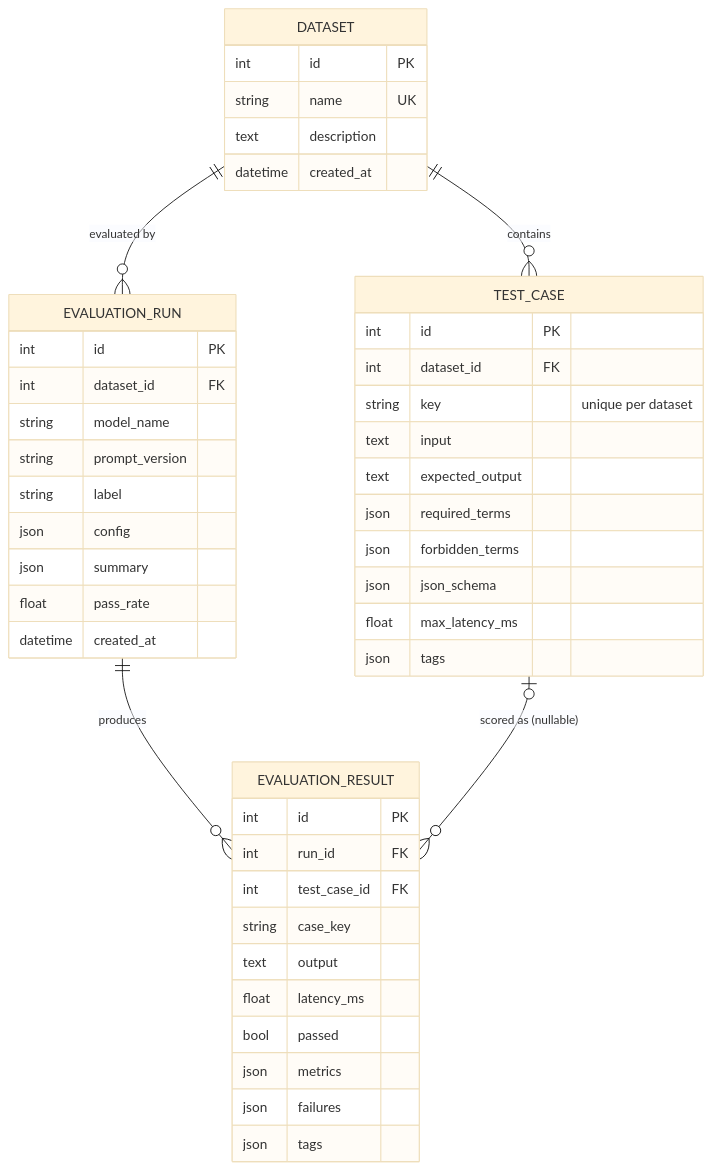
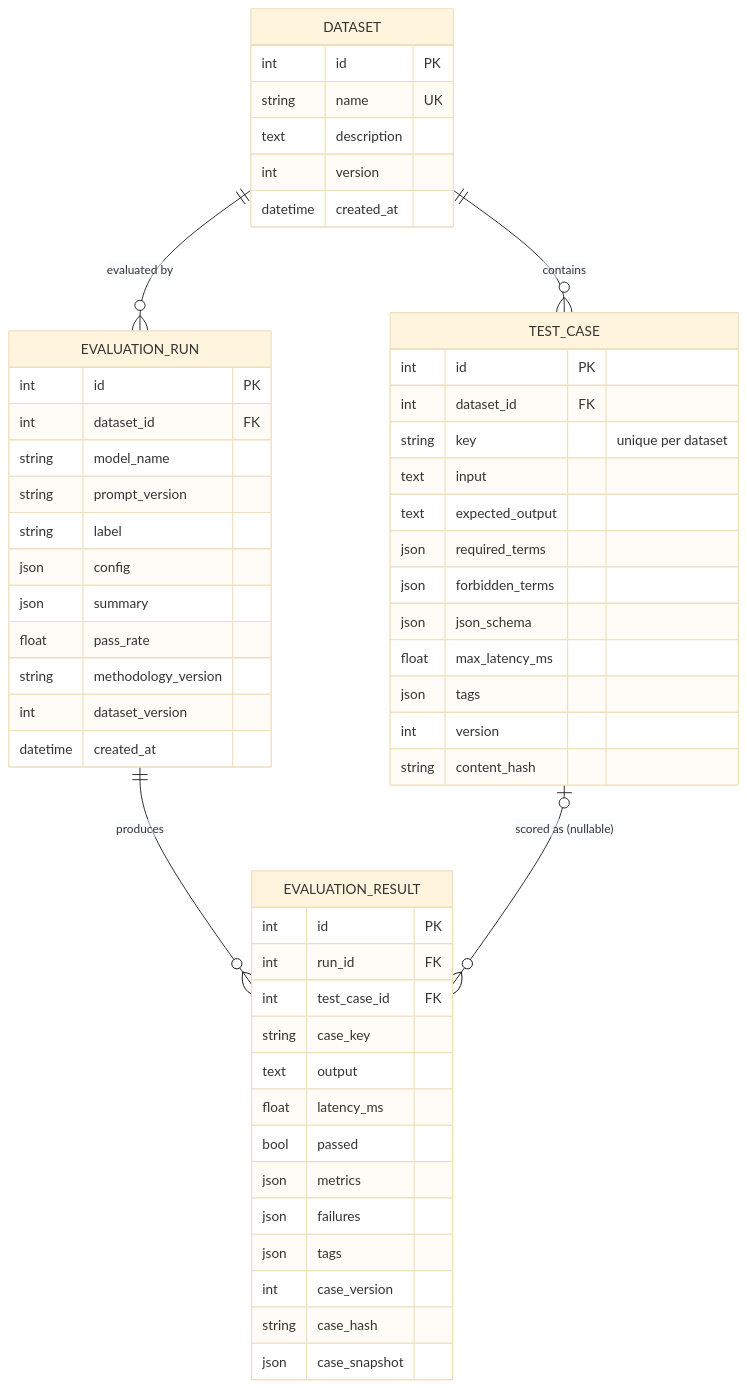
Before and after one commit to rkampa07/evalops-ai: the third of 4 diagrams in docs/architecture.md, drawn with Mermaid (base theme). The commit also changed other lines of this file and 34 other files, not shown here.

````diff
--- a/docs/architecture.md
+++ b/docs/architecture.md
@@ -52,12 +52,12 @@
 ```mermaid
 erDiagram
     DATASET ||--o{ TEST_CASE : contains
     DATASET ||--o{ EVALUATION_RUN : "evaluated by"
     EVALUATION_RUN ||--o{ EVALUATION_RESULT : produces
     TEST_CASE |o--o{ EVALUATION_RESULT : "scored as (nullable)"
 
-    DATASET { int id PK  string name UK  text description  datetime created_at }
-    TEST_CASE { int id PK  int dataset_id FK  string key "unique per dataset"  text input  text expected_output  json required_terms  json forbidden_terms  json json_schema  float max_latency_ms  json tags }
-    EVALUATION_RUN { int id PK  int dataset_id FK  string model_name  string prompt_version  string label  json config  json summary  float pass_rate  datetime created_at }
-    EVALUATION_RESULT { int id PK  int run_id FK  int test_case_id FK  string case_key  text output  float latency_ms  bool passed  json metrics  json failures  json tags }
+    DATASET { int id PK  string name UK  text description  int version  datetime created_at }
+    TEST_CASE { int id PK  int dataset_id FK  string key "unique per dataset"  text input  text expected_output  json required_terms  json forbidden_terms  json json_schema  float max_latency_ms  json tags  int version  string content_hash }
+    EVALUATION_RUN { int id PK  int dataset_id FK  string model_name  string prompt_version  string label  json config  json summary  float pass_rate  string methodology_version  int dataset_version  datetime created_at }
+    EVALUATION_RESULT { int id PK  int run_id FK  int test_case_id FK  string case_key  text output  float latency_ms  bool passed  json metrics  json failures  json tags  int case_version  string case_hash  json case_snapshot }
 ```
````
